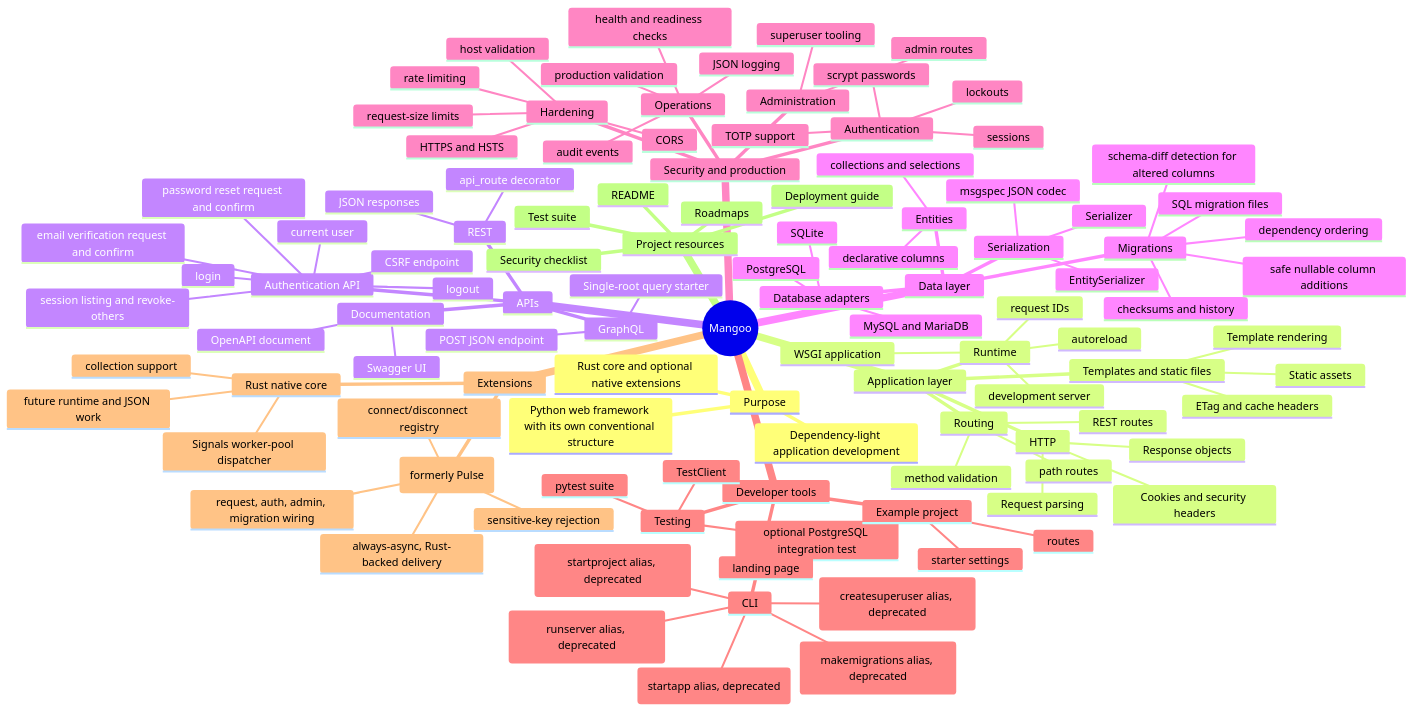
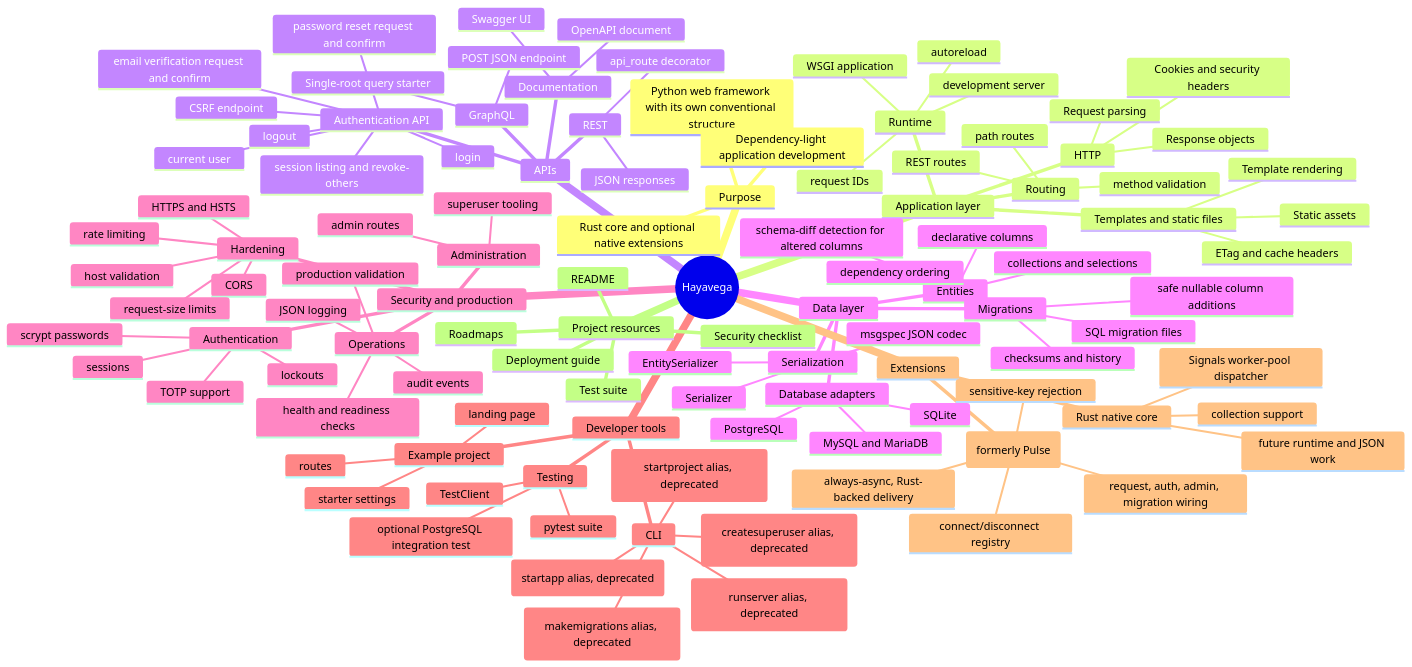
One commit to P-Sudhakar-tech/HayaVega changed the diagram in PROJECT_MINDMAP.md. Above: the diagram before and after it, drawn with Mermaid. The commit also changed other lines of this file and 280 other files, not shown here.

First line of the commit message:
rename: complete Mangoo to Hayavega rename across codebase

````diff
--- a/PROJECT_MINDMAP.md
+++ b/PROJECT_MINDMAP.md
@@ -3,6 +3,6 @@
 ```mermaid
 mindmap
-  root((Mangoo))
+  root((Hayavega))
     Purpose
       Python web framework with its own conventional structure
       Rust core and optional native extensions
````
